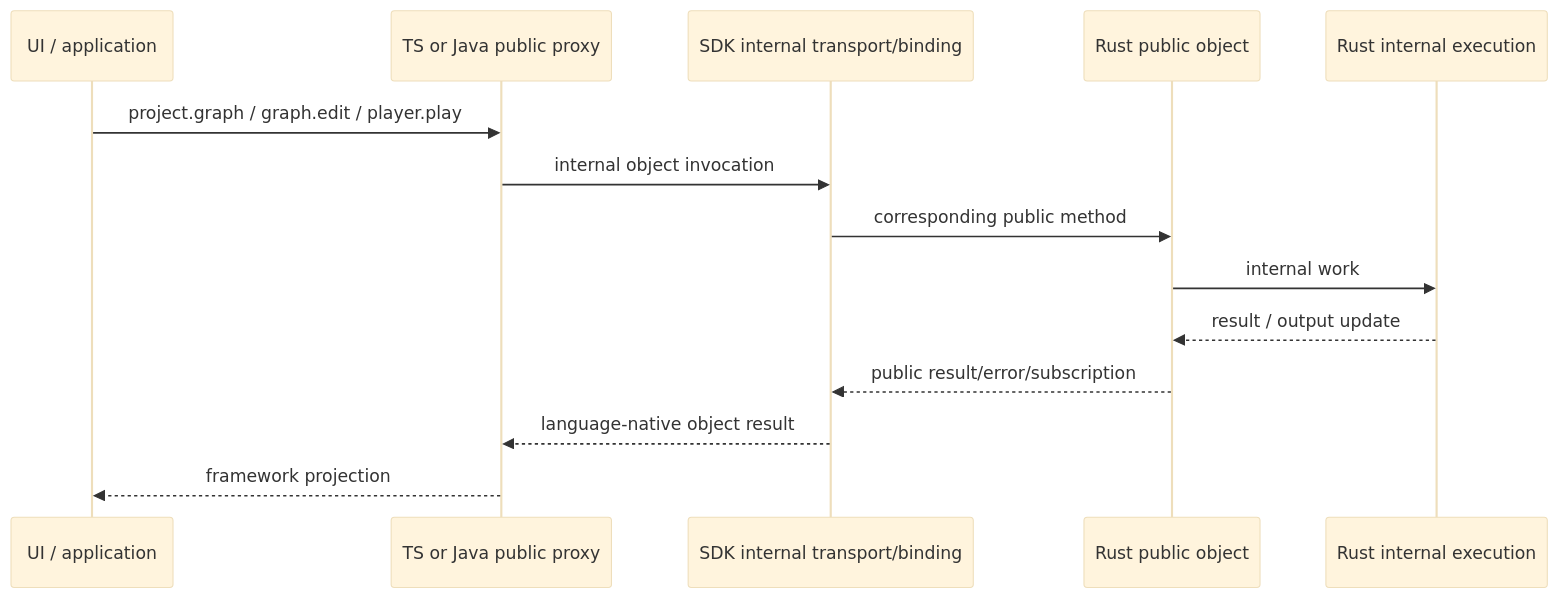
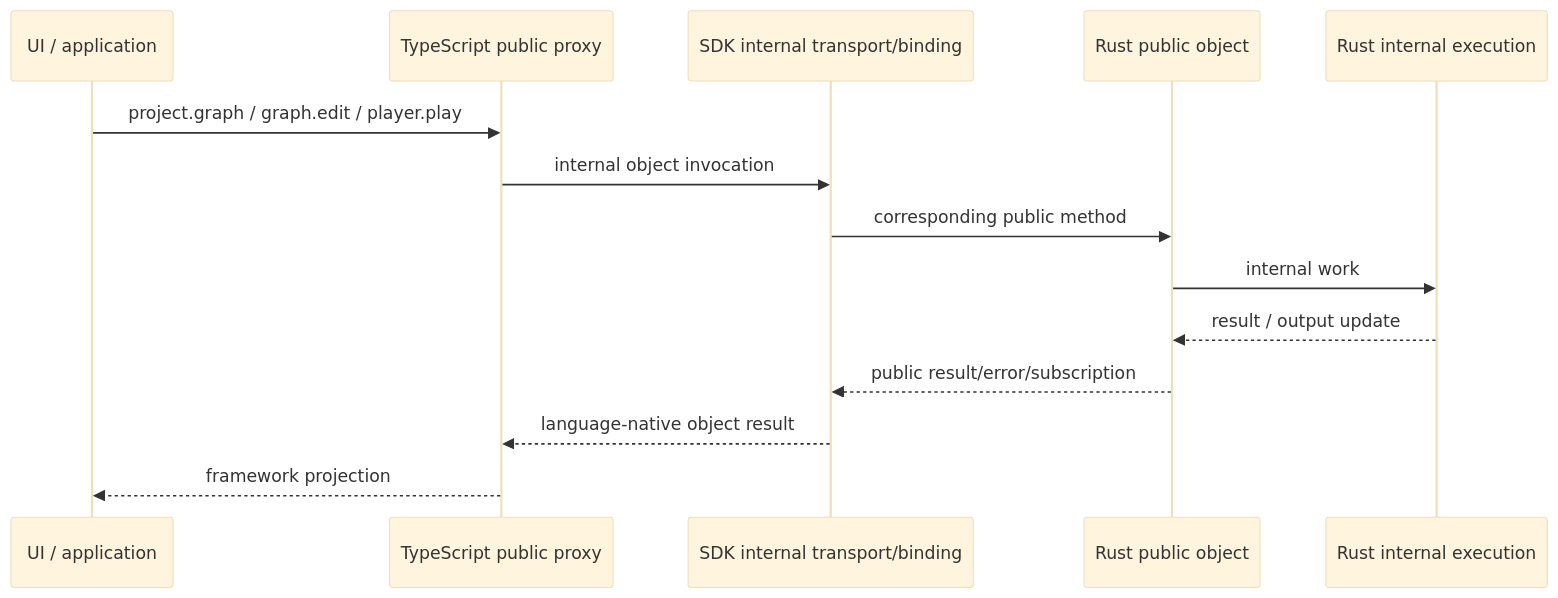
One commit to sanitor/open_quartz changed the sixth of 12 diagrams in docs/DESIGN.md. Above: the diagram before and after it, drawn with Mermaid (base theme). The commit also changed other lines of this file and 253 other files, not shown here.

````diff
--- a/docs/DESIGN.md
+++ b/docs/DESIGN.md
@@ -799,17 +747,17 @@
 ```mermaid
 sequenceDiagram
     participant UI as UI / application
-    participant Proxy as TS or Java public proxy
+    participant Proxy as TypeScript public proxy
     participant Internal as SDK internal transport/binding
     participant Rust as Rust public object
     participant Exec as Rust internal execution
 
     UI->>Proxy: project.graph / graph.edit / player.play
     Proxy->>Internal: internal object invocation
     Internal->>Rust: corresponding public method
     Rust->>Exec: internal work
     Exec-->>Rust: result / output update
     Rust-->>Internal: public result/error/subscription
     Internal-->>Proxy: language-native object result
     Proxy-->>UI: framework projection
 ```
````
